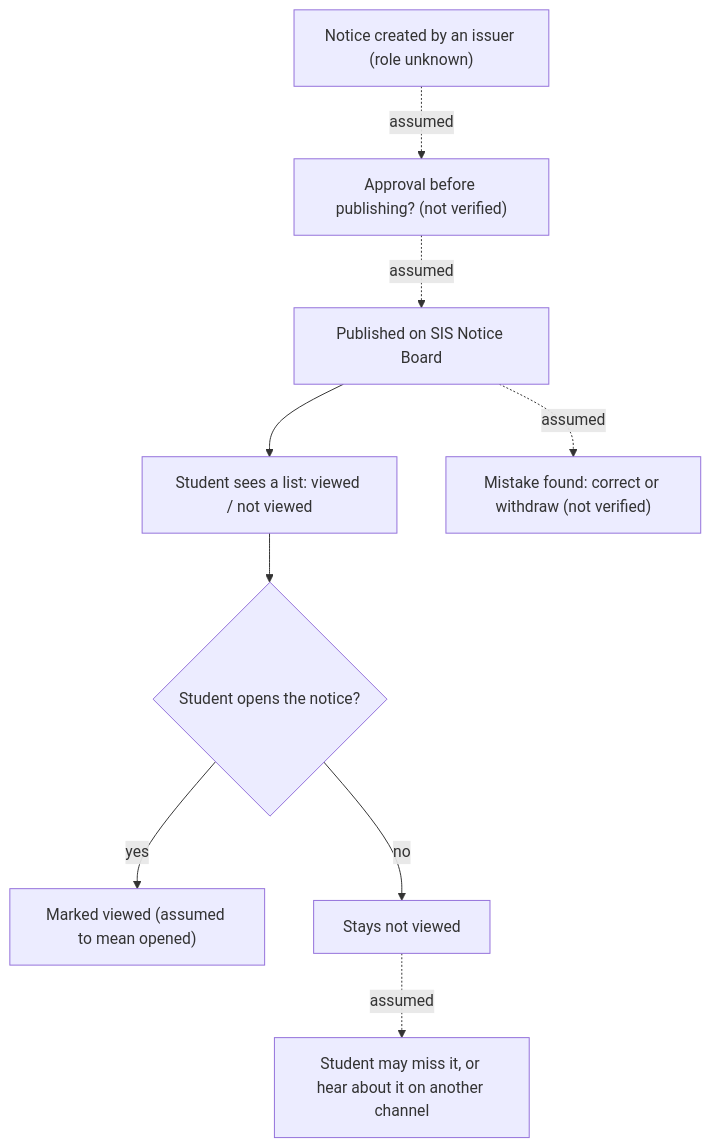
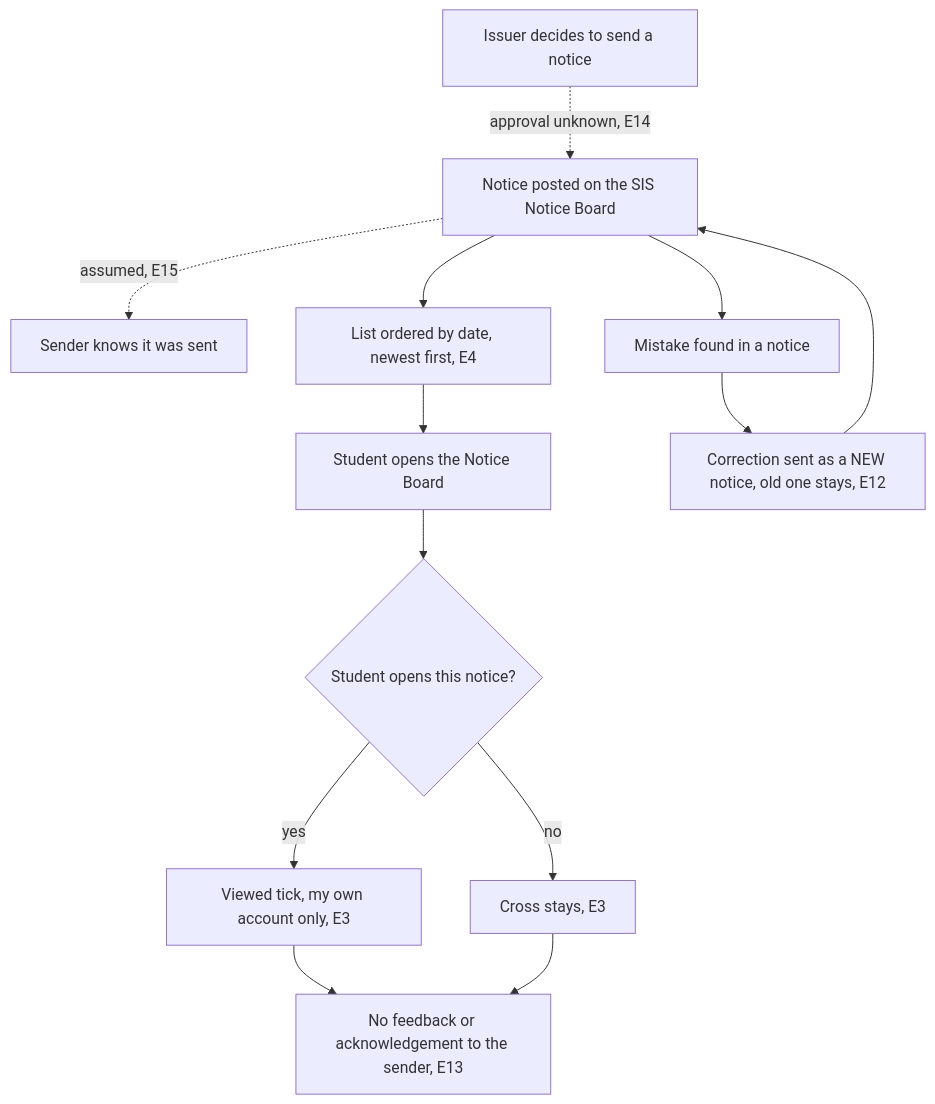
The diagram in task1/process-map.md (vrushalishrianantsavant23-cmyk/Evidence-First-Campus), drawn with Mermaid before and after one commit. The commit also changed other lines of this file, not shown here.

````diff
--- a/task1/process-map.md
+++ b/task1/process-map.md
@@ -5,11 +5,15 @@
 ```mermaid
 flowchart TD
-  A["Notice created by an issuer (role unknown)"] -. assumed .-> B["Approval before publishing? (not verified)"]
-  B -. assumed .-> C["Published on SIS Notice Board"]
-  C --> D["Student sees a list: viewed / not viewed"]
-  D --> E{"Student opens the notice?"}
-  E -- yes --> F["Marked viewed (assumed to mean opened)"]
-  E -- no --> G["Stays not viewed"]
-  G -. assumed .-> H["Student may miss it, or hear about it on another channel"]
-  C -. assumed .-> X["Mistake found: correct or withdraw (not verified)"]
+  A["Issuer decides to send a notice"] -.->|approval unknown, E14| B["Notice posted on the SIS Notice Board"]
+  B -.->|assumed, E15| S["Sender knows it was sent"]
+  B --> C["List ordered by date, newest first, E4"]
+  C --> D["Student opens the Notice Board"]
+  D --> E{"Student opens this notice?"}
+  E -->|yes| F["Viewed tick, my own account only, E3"]
+  E -->|no| G["Cross stays, E3"]
+  F --> H["No feedback or acknowledgement to the sender, E13"]
+  G --> H
+  B --> I["Mistake found in a notice"]
+  I --> J["Correction sent as a NEW notice, old one stays, E12"]
+  J --> B
 ```
````
